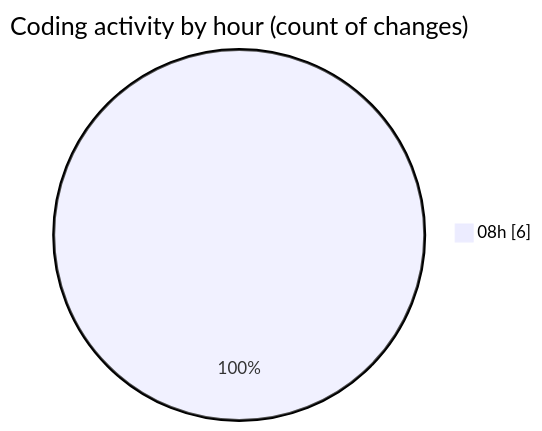
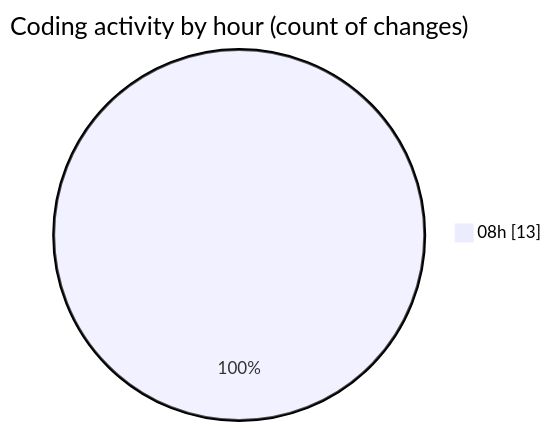
One commit to ernivani/code-tracking changed the second of 2 diagrams in 2025-01-03/nextjs-webllm/README.md. Above: the diagram before and after it, drawn with Mermaid. The commit also changed other lines of this file and 5 other files, not shown here.

````diff
--- a/2025-01-03/nextjs-webllm/README.md
+++ b/2025-01-03/nextjs-webllm/README.md
@@ -31,5 +37,5 @@
 ```mermaid
 pie showData
 title Coding activity by hour (count of changes)
-"08h" : 6
+"08h" : 13
 ```
````
